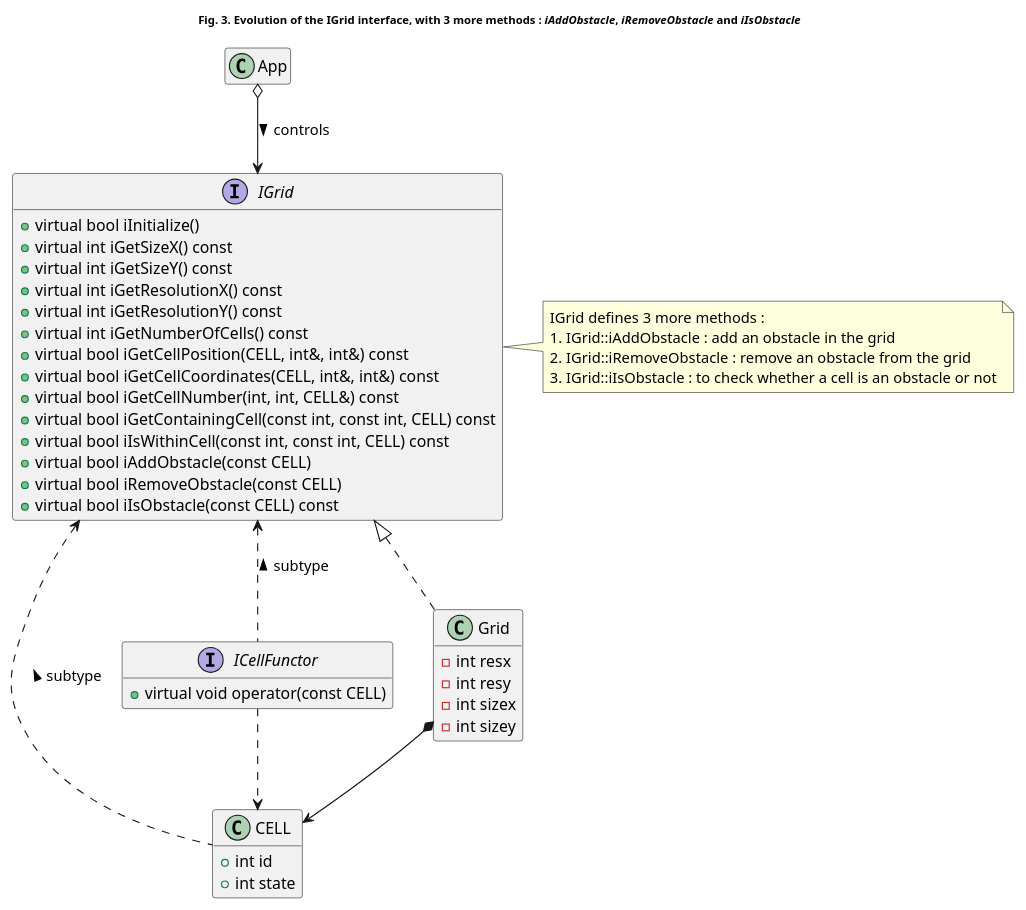
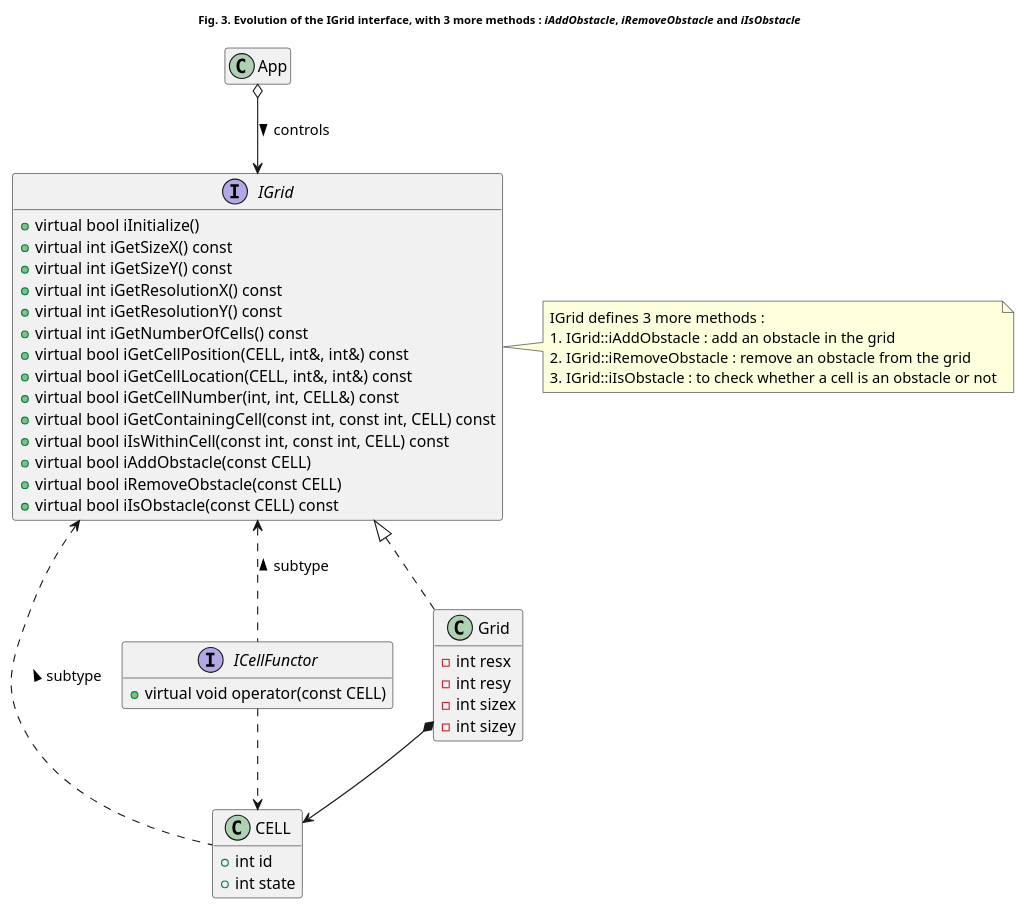
The third of 4 diagrams in _posts/modsim/2020-10-04-2d-grid-obstacles.md (kanmeugne/kanmeugne.github.io), drawn with PlantUML before and after one commit. The commit also changed 1 other file, not shown here.

Commit message:
change to fit repo method name

```diff
--- a/_posts/modsim/2020-10-04-2d-grid-obstacles.md
+++ b/_posts/modsim/2020-10-04-2d-grid-obstacles.md
@@ -82,58 +82,58 @@
 {% plantuml %}
 @startuml
 title: <size:10>Fig. 3. Evolution of the IGrid interface, with 3 more methods : <i>iAddObstacle</i>, <i>iRemoveObstacle</i> and <i>iIsObstacle</i></size>
 class App {
     + {static} const int DEFAULT_HEIGHT
     + {static} const int DEFAULT_WIDTH
     + {static} const int DEFAULT_RESX
     + {static} const int DEFAULT_RESY
     + void run()
     + void display()
 }
 class CELL {
     + int id
     + int state
 }
 interface ICellFunctor {
     + virtual void operator(const CELL)
 }
 interface IGrid {
     + virtual bool iInitialize()
     + virtual int iGetSizeX() const
     + virtual int iGetSizeY() const
     + virtual int iGetResolutionX() const
     + virtual int iGetResolutionY() const
     + virtual int iGetNumberOfCells() const
     + virtual bool iGetCellPosition(CELL, int&, int&) const
-    + virtual bool iGetCellCoordinates(CELL, int&, int&) const
+    + virtual bool iGetCellLocation(CELL, int&, int&) const
     + virtual bool iGetCellNumber(int, int, CELL&) const
     + virtual bool iGetContainingCell(const int, const int, CELL) const
     + virtual bool iIsWithinCell(const int, const int, CELL) const
     + virtual bool iAddObstacle(const CELL)
     + virtual bool iRemoveObstacle(const CELL)
     + virtual bool iIsObstacle(const CELL) const
 }
 note right
 IGrid defines 3 more methods :
 # IGrid::iAddObstacle : add an obstacle in the grid
 # IGrid::iRemoveObstacle : remove an obstacle from the grid
 # IGrid::iIsObstacle : to check whether a cell is an obstacle or not
 end note
 class Grid implements IGrid {
     - int resx
     - int resy
     - int sizex
     - int sizey
 }
 IGrid <.. CELL : subtype <
 IGrid <.. ICellFunctor : subtype <
 ICellFunctor ..> CELL
 Grid *--> CELL
 App o--> IGrid : controls >
 hide App members
 hide IGrid fields
 hide CELL methods
 hide Grid methods
 hide ICellFunctor fields
 @enduml
 {% endplantuml %}
```
